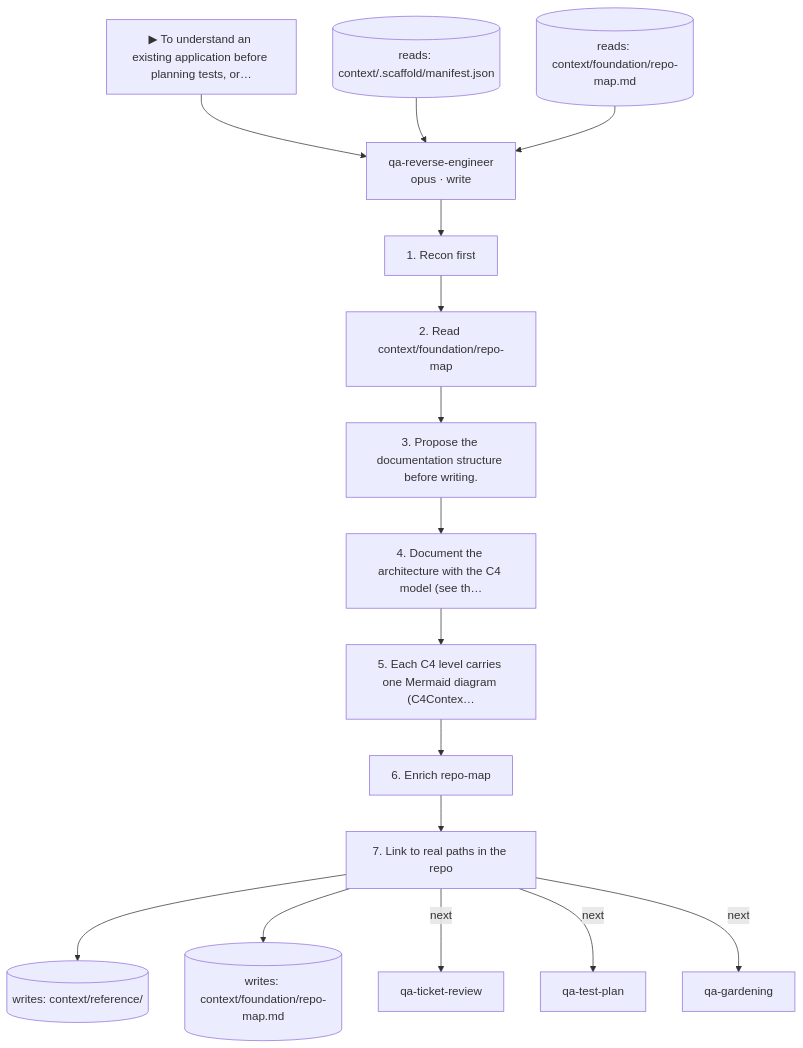
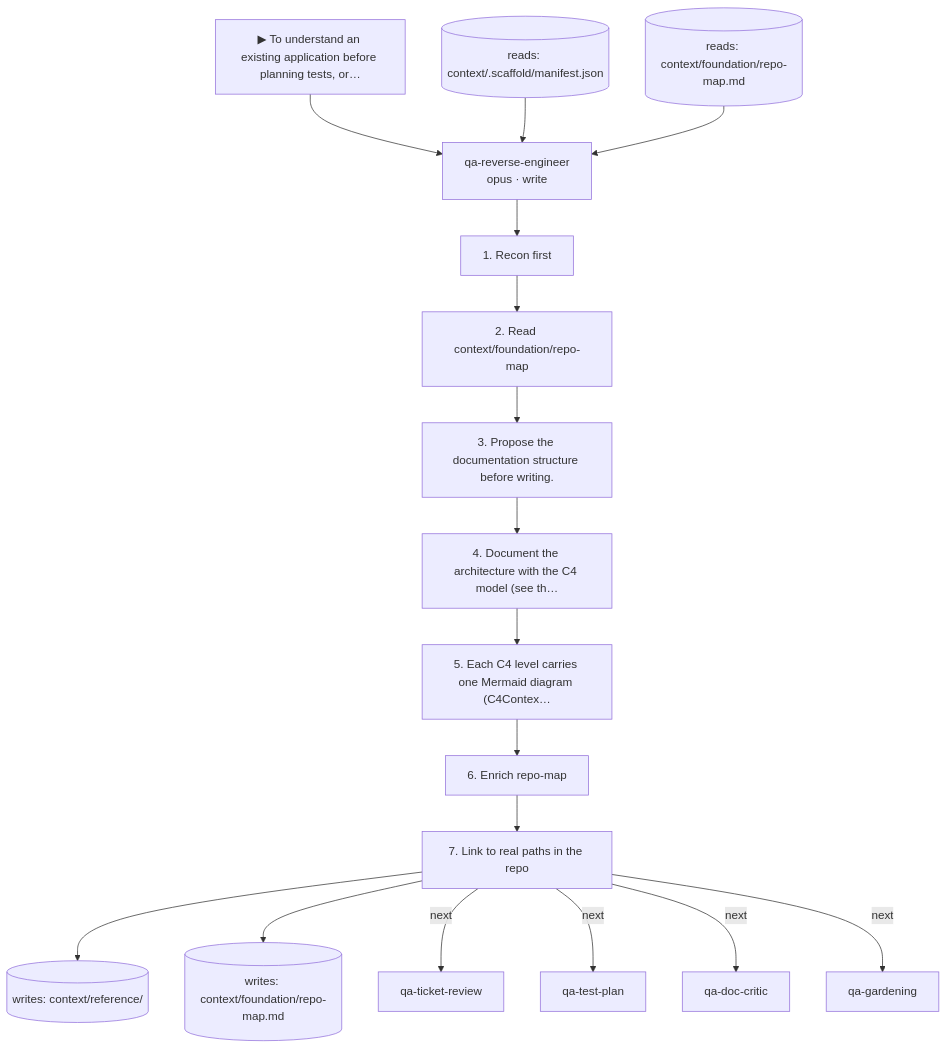
Before and after one commit to Assamir/ai-process-orchestration: diagram 25 of 28 in docs/skill-catalog.md, drawn with Mermaid. The commit also changed other lines of this file and 20 other files, not shown here.

````diff
--- a/docs/skill-catalog.md
+++ b/docs/skill-catalog.md
@@ -891,31 +909,32 @@
 ```mermaid
 flowchart TD
   trig["▶ To understand an existing application before planning tests, or…"]
   qa_reverse_engineer["qa-reverse-engineer<br/>opus · write"]
   trig --> qa_reverse_engineer
   r0[("reads: context/.scaffold/manifest.json")]
   r0 --> qa_reverse_engineer
   r1[("reads: context/foundation/repo-map.md")]
   r1 --> qa_reverse_engineer
   s0["1. Recon first"]
   qa_reverse_engineer --> s0
   s1["2. Read context/foundation/repo-map"]
   s0 --> s1
   s2["3. Propose the documentation structure before writing."]
   s1 --> s2
   s3["4. Document the architecture with the C4 model (see th…"]
   s2 --> s3
   s4["5. Each C4 level carries one Mermaid diagram (C4Contex…"]
   s3 --> s4
   s5["6. Enrich repo-map"]
   s4 --> s5
   s6["7. Link to real paths in the repo"]
   s5 --> s6
   w0[("writes: context/reference/")]
   s6 --> w0
   w1[("writes: context/foundation/repo-map.md")]
   s6 --> w1
   s6 -->|next| qa_ticket_review["qa-ticket-review"]
   s6 -->|next| qa_test_plan["qa-test-plan"]
+  s6 -->|next| qa_doc_critic["qa-doc-critic"]
   s6 -->|next| qa_gardening["qa-gardening"]
 ```
````
